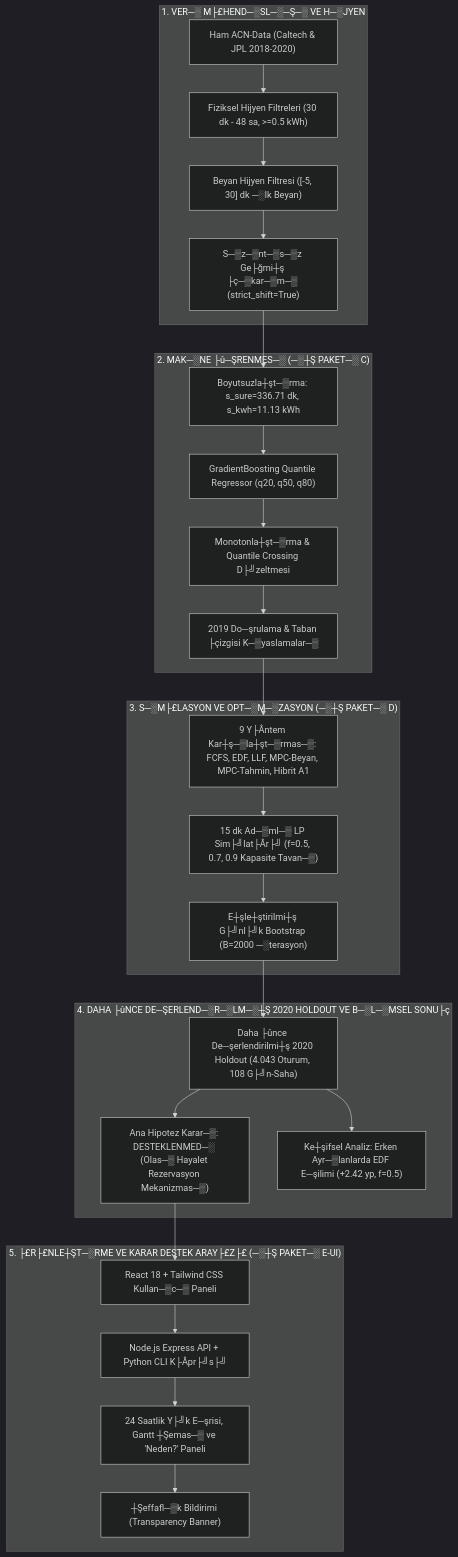
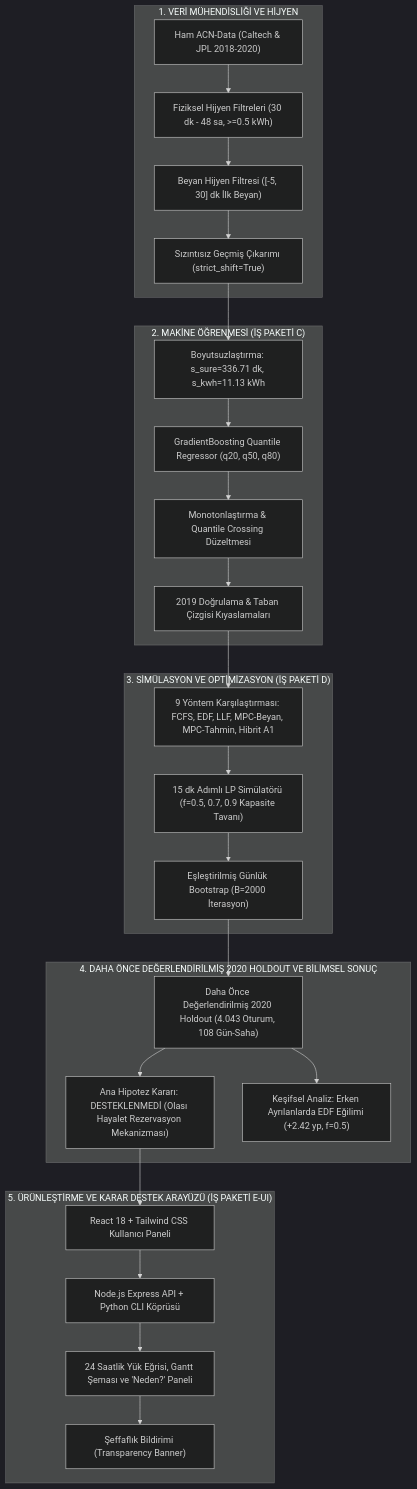
The diagram in docs/PROJE_GENEL_FAALIYET_VE_SONUC_RAPORU.md (busrademirrr/sarjdenge-ai), drawn with Mermaid (dark theme) before and after one commit. The commit also changed other lines of this file and 72 other files, not shown here.

````diff
--- a/docs/PROJE_GENEL_FAALIYET_VE_SONUC_RAPORU.md
+++ b/docs/PROJE_GENEL_FAALIYET_VE_SONUC_RAPORU.md
@@ -21,34 +21,34 @@
 ```mermaid
 flowchart TD
-    subgraph S1["1. VER─░ M├£HEND─░SL─░─Ş─░ VE H─░JYEN"]
+    subgraph S1["1. VERİ MÜHENDİSLİĞİ VE HİJYEN"]
         D1["Ham ACN-Data (Caltech & JPL 2018-2020)"] --> D2["Fiziksel Hijyen Filtreleri (30 dk - 48 sa, >=0.5 kWh)"]
-        D2 --> D3["Beyan Hijyen Filtresi ([-5, 30] dk ─░lk Beyan)"]
-        D3 --> D4["S─▒z─▒nt─▒s─▒z Ge├ğmi┼ş ├ç─▒kar─▒m─▒ (strict_shift=True)"]
+        D2 --> D3["Beyan Hijyen Filtresi ([-5, 30] dk İlk Beyan)"]
+        D3 --> D4["Sızıntısız Geçmiş Çıkarımı (strict_shift=True)"]
     end
 
-    subgraph S2["2. MAK─░NE ├û─ŞRENMES─░ (─░┼Ş PAKET─░ C)"]
-        D4 --> M1["Boyutsuzla┼şt─▒rma: s_sure=336.71 dk, s_kwh=11.13 kWh"]
+    subgraph S2["2. MAKİNE ÖĞRENMESİ (İŞ PAKETİ C)"]
+        D4 --> M1["Boyutsuzlaştırma: s_sure=336.71 dk, s_kwh=11.13 kWh"]
         M1 --> M2["GradientBoosting Quantile Regressor (q20, q50, q80)"]
-        M2 --> M3["Monotonla┼şt─▒rma & Quantile Crossing D├╝zeltmesi"]
-        M3 --> M4["2019 Do─şrulama & Taban ├çizgisi K─▒yaslamalar─▒"]
+        M2 --> M3["Monotonlaştırma & Quantile Crossing Düzeltmesi"]
+        M3 --> M4["2019 Doğrulama & Taban Çizgisi Kıyaslamaları"]
     end
 
-    subgraph S3["3. S─░M├£LASYON VE OPT─░M─░ZASYON (─░┼Ş PAKET─░ D)"]
-        M4 --> OP["9 Y├Ântem Kar┼ş─▒la┼şt─▒rmas─▒: FCFS, EDF, LLF, MPC-Beyan, MPC-Tahmin, Hibrit A1"]
-        OP --> SIM["15 dk Ad─▒ml─▒ LP Sim├╝lat├Âr├╝ (f=0.5, 0.7, 0.9 Kapasite Tavan─▒)"]
-        SIM --> BT["E┼şle┼ştirilmi┼ş G├╝nl├╝k Bootstrap (B=2000 ─░terasyon)"]
+    subgraph S3["3. SİMÜLASYON VE OPTİMİZASYON (İŞ PAKETİ D)"]
+        M4 --> OP["9 Yöntem Karşılaştırması: FCFS, EDF, LLF, MPC-Beyan, MPC-Tahmin, Hibrit A1"]
+        OP --> SIM["15 dk Adımlı LP Simülatörü (f=0.5, 0.7, 0.9 Kapasite Tavanı)"]
+        SIM --> BT["Eşleştirilmiş Günlük Bootstrap (B=2000 İterasyon)"]
     end
 
-    subgraph S4["4. DAHA ├ûNCE DE─ŞERLEND─░R─░LM─░┼Ş 2020 HOLDOUT VE B─░L─░MSEL SONU├ç"]
-        BT --> HO["Daha ├ûnce De─şerlendirilmi┼ş 2020 Holdout (4.043 Oturum, 108 G├╝n-Saha)"]
-        HO --> RS["Ana Hipotez Karar─▒: DESTEKLENMED─░ (Olas─▒ Hayalet Rezervasyon Mekanizmas─▒)"]
-        HO --> SEC["Ke┼şifsel Analiz: Erken Ayr─▒lanlarda EDF E─şilimi (+2.42 yp, f=0.5)"]
+    subgraph S4["4. DAHA ÖNCE DEĞERLENDİRİLMİŞ 2020 HOLDOUT VE BİLİMSEL SONUÇ"]
+        BT --> HO["Daha Önce Değerlendirilmiş 2020 Holdout (4.043 Oturum, 108 Gün-Saha)"]
+        HO --> RS["Ana Hipotez Kararı: DESTEKLENMEDİ (Olası Hayalet Rezervasyon Mekanizması)"]
+        HO --> SEC["Keşifsel Analiz: Erken Ayrılanlarda EDF Eğilimi (+2.42 yp, f=0.5)"]
     end
 
-    subgraph S5["5. ├£R├£NLE┼ŞT─░RME VE KARAR DESTEK ARAY├£Z├£ (─░┼Ş PAKET─░ E-UI)"]
-        RS --> UI1["React 18 + Tailwind CSS Kullan─▒c─▒ Paneli"]
-        UI1 --> UI2["Node.js Express API + Python CLI K├Âpr├╝s├╝"]
-        UI2 --> UI3["24 Saatlik Y├╝k E─şrisi, Gantt ┼Şemas─▒ ve 'Neden?' Paneli"]
-        UI3 --> UI4["┼Şeffafl─▒k Bildirimi (Transparency Banner)"]
+    subgraph S5["5. ÜRÜNLEŞTİRME VE KARAR DESTEK ARAYÜZÜ (İŞ PAKETİ E-UI)"]
+        RS --> UI1["React 18 + Tailwind CSS Kullanıcı Paneli"]
+        UI1 --> UI2["Node.js Express API + Python CLI Köprüsü"]
+        UI2 --> UI3["24 Saatlik Yük Eğrisi, Gantt Şeması ve 'Neden?' Paneli"]
+        UI3 --> UI4["Şeffaflık Bildirimi (Transparency Banner)"]
     end
 ```
````
